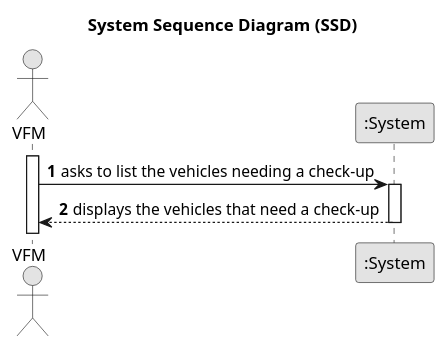
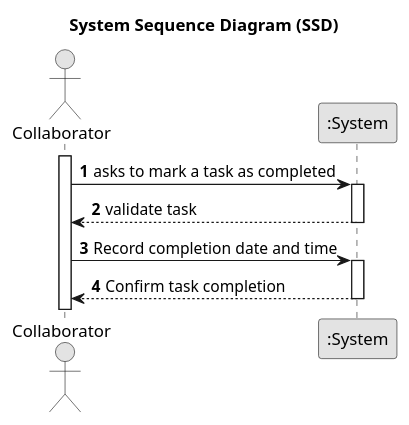
The diagram in docs/sprintC/us029/01.requirements-engineering/puml/us008-system-sequence-diagram.puml (Departamento-de-Engenharia-Informatica/lei-24-s2-1do-g164), drawn with PlantUML before and after one commit.

Commit message:
Update us008-system-sequence-diagram.puml
US029 (docs): SSD start

```diff
--- a/docs/sprintC/us029/01.requirements-engineering/puml/us008-system-sequence-diagram.puml
+++ b/docs/sprintC/us029/01.requirements-engineering/puml/us008-system-sequence-diagram.puml
@@ -1,22 +1,28 @@
 @startuml
 skinparam monochrome true
 skinparam packageStyle rectangle
 skinparam shadowing false
 
 title System Sequence Diagram (SSD)
 
 autonumber
 
-actor "VFM" as Employee
+actor "Collaborator" as Employee
 participant ":System" as System
 
 activate Employee
 
-    Employee -> System : asks to list the vehicles needing a check-up
+    Employee -> System : asks to mark a task as completed
     activate System
 
-        System --> Employee : displays the vehicles that need a check-up
+        System --> Employee : validate task
     deactivate System
+
+        Employee -> System : Record completion date and time
+        activate System
+
+            System --> Employee :Confirm task completion
+        deactivate System
 
 
 @enduml
```
